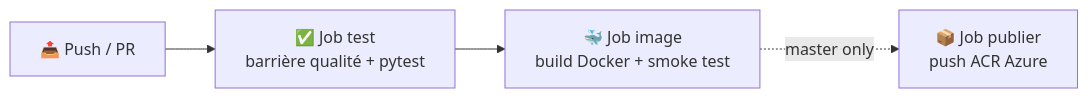
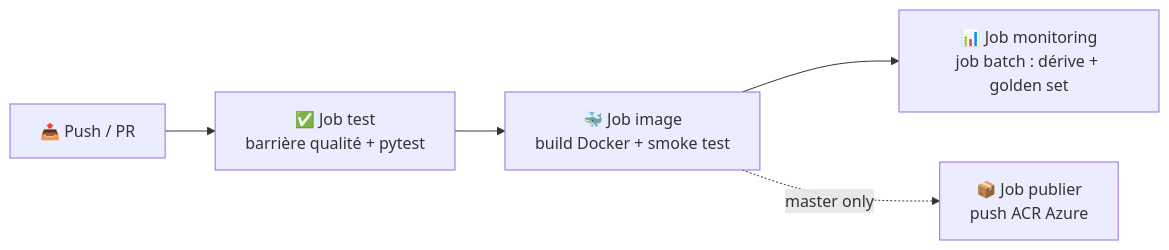
Before and after one commit to TheRealRPI/simplon-DeepLearning_Create_Optimize_PushToProd: the fourth of 4 diagrams in README.md, drawn with Mermaid. The commit also changed other lines of this file and 1 other file, not shown here.

````diff
--- a/README.md
+++ b/README.md
@@ -299,6 +343,7 @@
 ```mermaid
 flowchart LR
     PUSH[📤 Push / PR] --> TEST[✅ Job test<br/>barrière qualité + pytest]
     TEST --> IMAGE[🐳 Job image<br/>build Docker + smoke test]
+    IMAGE --> MONITORING[📊 Job monitoring<br/>job batch : dérive + golden set]
     IMAGE -. master only .-> PUBLISH[📦 Job publier<br/>push ACR Azure]
 ```
````
